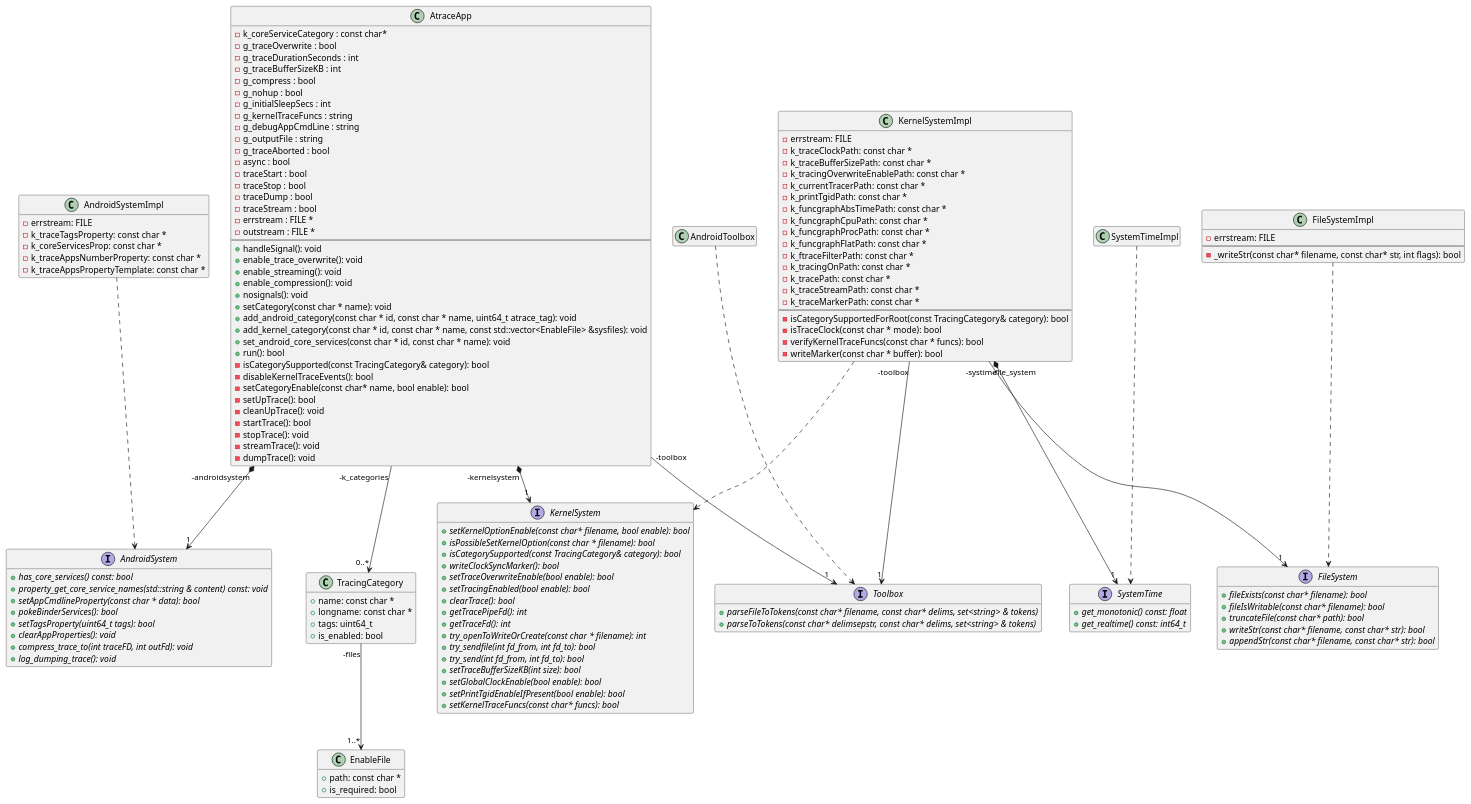
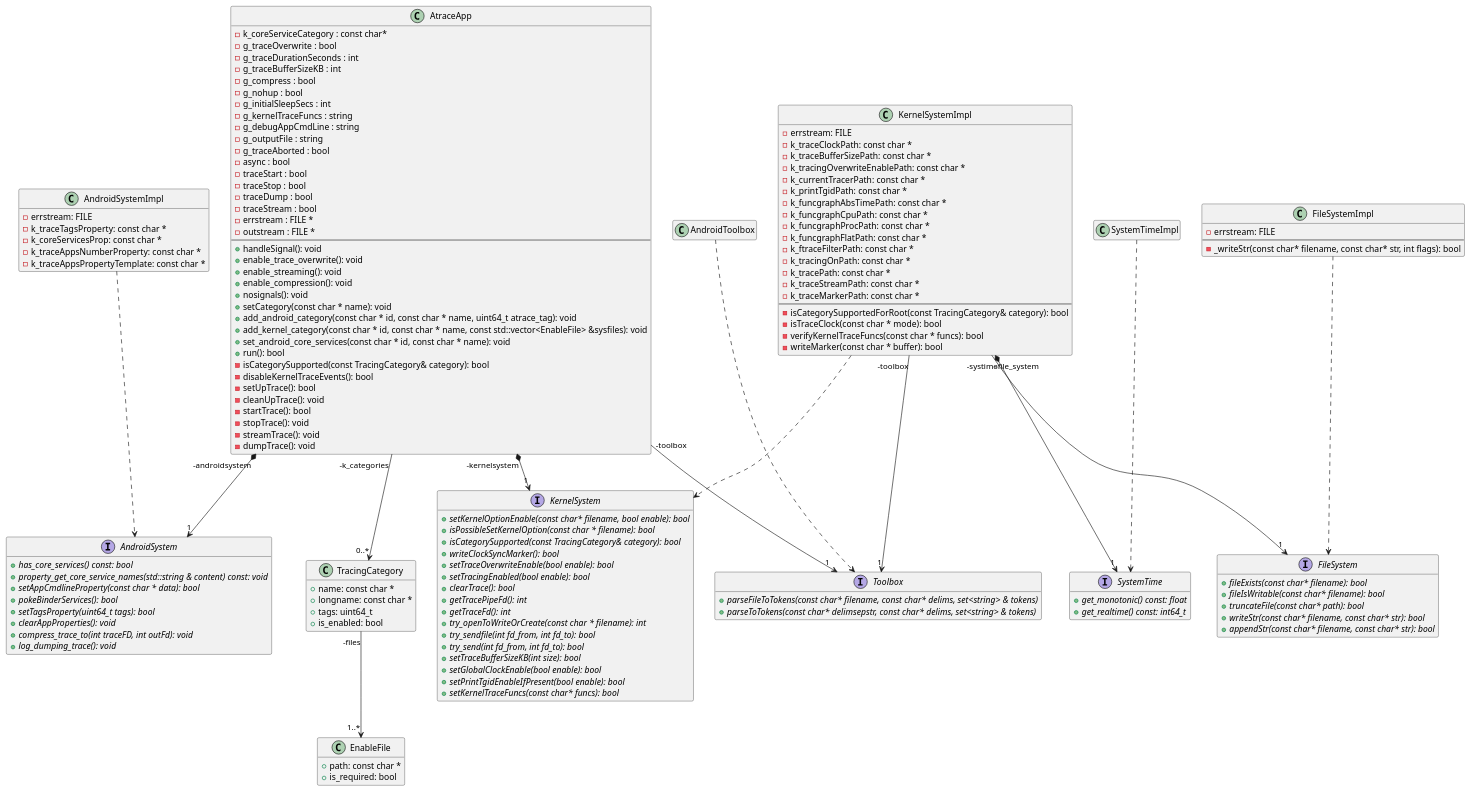
Before and after one commit to littlewhywhat/extrace: the diagram in docs/design/class_atrace.puml, drawn with PlantUML. The commit also changed 2 other files, not shown here.

```diff
--- a/docs/design/class_atrace.puml
+++ b/docs/design/class_atrace.puml
@@ -1,179 +1,178 @@
 @startuml
 
 class AtraceApp {
   - k_coreServiceCategory : const char*
   - g_traceOverwrite : bool
   - g_traceDurationSeconds : int
   - g_traceBufferSizeKB : int
   - g_compress : bool
   - g_nohup : bool
   - g_initialSleepSecs : int
   - g_kernelTraceFuncs : string
   - g_debugAppCmdLine : string
   - g_outputFile : string
   - g_traceAborted : bool
   - async : bool
   - traceStart : bool
   - traceStop : bool
   - traceDump : bool
   - traceStream : bool
   - errstream : FILE *
   - outstream : FILE *
   --
   + handleSignal(): void
   + enable_trace_overwrite(): void
   + enable_streaming(): void
   + enable_compression(): void
   + nosignals(): void
   + setCategory(const char * name): void
   + add_android_category(const char * id, const char * name, uint64_t atrace_tag): void
   + add_kernel_category(const char * id, const char * name, const std::vector<EnableFile> &sysfiles): void
   + set_android_core_services(const char * id, const char * name): void
   + run(): bool
   - isCategorySupported(const TracingCategory& category): bool 
   - disableKernelTraceEvents(): bool 
-  - setCategoryEnable(const char* name, bool enable): bool 
   - setUpTrace(): bool 
   - cleanUpTrace(): void 
   - startTrace(): bool 
   - stopTrace(): void 
   - streamTrace(): void 
   - dumpTrace(): void 
 }
 
 AtraceApp "-androidsystem" *-->"1" AndroidSystem
 AtraceApp "-kernelsystem" *-->"1" KernelSystem
 AtraceApp "-k_categories " -->"0..*" TracingCategory
 AtraceApp "-toolbox " -->"1" Toolbox
 
 interface KernelSystem {
   + {abstract} setKernelOptionEnable(const char* filename, bool enable): bool
   + {abstract} isPossibleSetKernelOption(const char * filename): bool
   + {abstract} isCategorySupported(const TracingCategory& category): bool
   + {abstract} writeClockSyncMarker(): bool 
   + {abstract} setTraceOverwriteEnable(bool enable): bool
   + {abstract} setTracingEnabled(bool enable): bool
   + {abstract} clearTrace(): bool
   + {abstract} getTracePipeFd(): int
   + {abstract} getTraceFd(): int
   + {abstract} try_openToWriteOrCreate(const char * filename): int
   + {abstract} try_sendfile(int fd_from, int fd_to): bool
   + {abstract} try_send(int fd_from, int fd_to): bool
   + {abstract} setTraceBufferSizeKB(int size): bool
   + {abstract} setGlobalClockEnable(bool enable): bool
   + {abstract} setPrintTgidEnableIfPresent(bool enable): bool
   + {abstract} setKernelTraceFuncs(const char* funcs): bool
 }
 hide KernelSystem fields
 
 interface AndroidSystem {
   + {abstract} has_core_services() const: bool
   + {abstract} property_get_core_service_names(std::string & content) const: void
   + {abstract} setAppCmdlineProperty(const char * data): bool
   + {abstract} pokeBinderServices(): bool
   + {abstract} setTagsProperty(uint64_t tags): bool
   + {abstract} clearAppProperties(): void
   + {abstract} compress_trace_to(int traceFD, int outFd): void
   + {abstract} log_dumping_trace(): void
 }
 hide AndroidSystem fields
 
 interface SystemTime {
   + {abstract} get_monotonic() const: float
   + {abstract} get_realtime() const: int64_t
 }
 hide SystemTime fields
 
 class TracingCategory {
   + name: const char *
   + longname: const char *
   + tags: uint64_t
   + is_enabled: bool
 }
 hide TracingCategory methods
 
 TracingCategory "-files" --> "1..*" EnableFile
 
 class EnableFile {
   + path: const char *
   + is_required: bool
 }
 hide EnableFile methods
 
 class KernelSystemImpl {
   - errstream: FILE
   - k_traceClockPath: const char *
   - k_traceBufferSizePath: const char *
   - k_tracingOverwriteEnablePath: const char *
   - k_currentTracerPath: const char *
   - k_printTgidPath: const char *
   - k_funcgraphAbsTimePath: const char *
   - k_funcgraphCpuPath: const char *
   - k_funcgraphProcPath: const char *
   - k_funcgraphFlatPath: const char *
   - k_ftraceFilterPath: const char *
   - k_tracingOnPath: const char *
   - k_tracePath: const char *
   - k_traceStreamPath: const char *
   - k_traceMarkerPath: const char *
   --
   - isCategorySupportedForRoot(const TracingCategory& category): bool
   - isTraceClock(const char * mode): bool
   - verifyKernelTraceFuncs(const char * funcs): bool
   - writeMarker(const char * buffer): bool
 }
 
 KernelSystemImpl ..> KernelSystem
 KernelSystemImpl "-file_system" --> "1" FileSystem
 KernelSystemImpl "-toolbox" --> "1" Toolbox
 KernelSystemImpl "-systime" *-->"1" SystemTime
 
 interface FileSystem {
   + {abstract} fileExists(const char* filename): bool
   + {abstract} fileIsWritable(const char* filename): bool
   + {abstract} truncateFile(const char* path): bool
   + {abstract} writeStr(const char* filename, const char* str): bool
   + {abstract} appendStr(const char* filename, const char* str): bool
 }
 hide FileSystem fields
 
 class FileSystemImpl {
   - errstream: FILE
   --
   - _writeStr(const char* filename, const char* str, int flags): bool
 }
 
 FileSystemImpl ..> FileSystem
 
 class AndroidSystemImpl {
   - errstream: FILE
   - k_traceTagsProperty: const char *
   - k_coreServicesProp: const char *
   - k_traceAppsNumberProperty: const char *
   - k_traceAppsPropertyTemplate: const char *
 }
 hide AndroidSystemImpl methods
 
 AndroidSystemImpl ..> AndroidSystem
 
 class SystemTimeImpl {
 }
 hide SystemTimeImpl methods
 hide SystemTimeImpl fields
 
 SystemTimeImpl ..> SystemTime
 
 interface Toolbox {
   + {abstract} parseFileToTokens(const char* filename, const char* delims, set<string> & tokens)
   + {abstract} parseToTokens(const char* delimsepstr, const char* delims, set<string> & tokens)
 }
 hide Toolbox fields
 
 class AndroidToolbox {
 }
 hide AndroidToolbox fields
 hide AndroidToolbox methods
 
 AndroidToolbox ..> Toolbox
 
 @enduml
```
